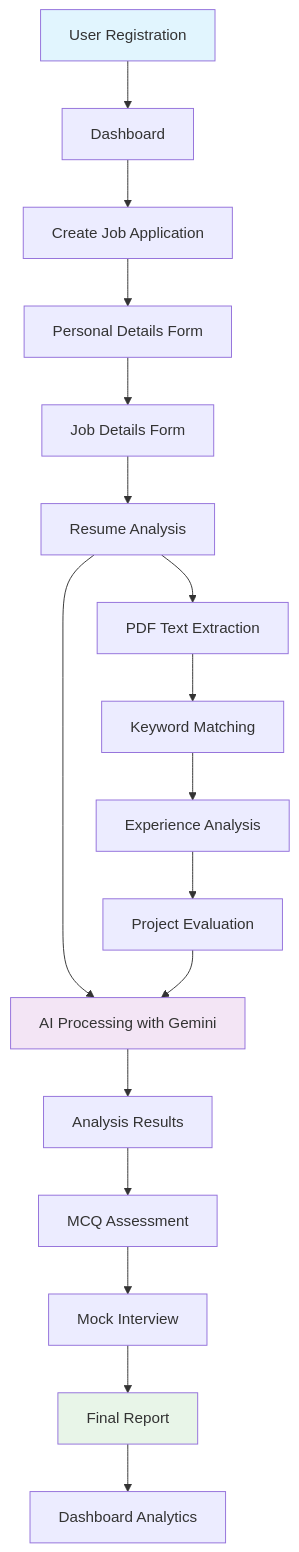
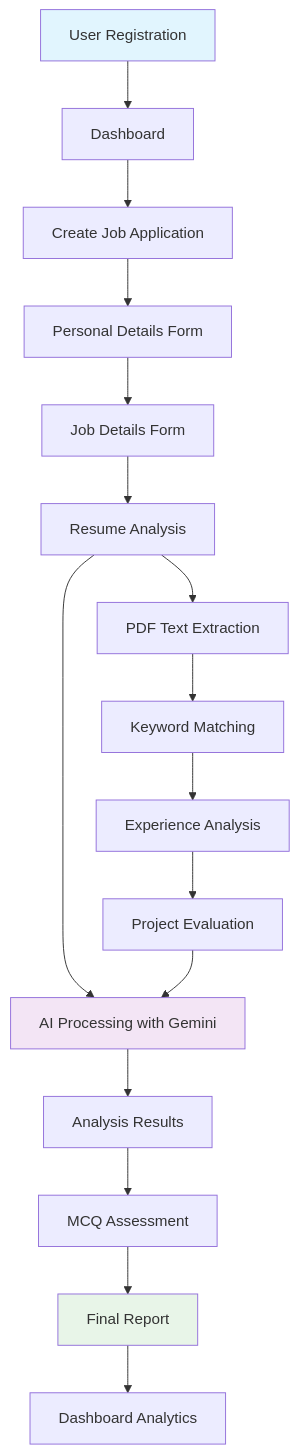
The diagram in README.md (Craig-Rosario/Mockly), drawn with Mermaid before and after one commit. The commit also changed other lines of this file, not shown here.

````diff
--- a/README.md
+++ b/README.md
@@ -126,24 +114,23 @@
 ```mermaid
 graph TD
     A[User Registration] --> B[Dashboard]
     B --> C[Create Job Application]
     C --> D[Personal Details Form]
     D --> E[Job Details Form]
     E --> F[Resume Analysis]
     F --> G[AI Processing with Gemini]
     G --> H[Analysis Results]
     H --> I[MCQ Assessment]
-    I --> J[Mock Interview]
-    J --> K[Final Report]
+    I --> K[Final Report]
     K --> L[Dashboard Analytics]
     
     F --> M[PDF Text Extraction]
     M --> N[Keyword Matching]
     N --> O[Experience Analysis]
     O --> P[Project Evaluation]
     P --> G
     
     style A fill:#e1f5fe
     style G fill:#f3e5f5
     style K fill:#e8f5e8
 ```
````
